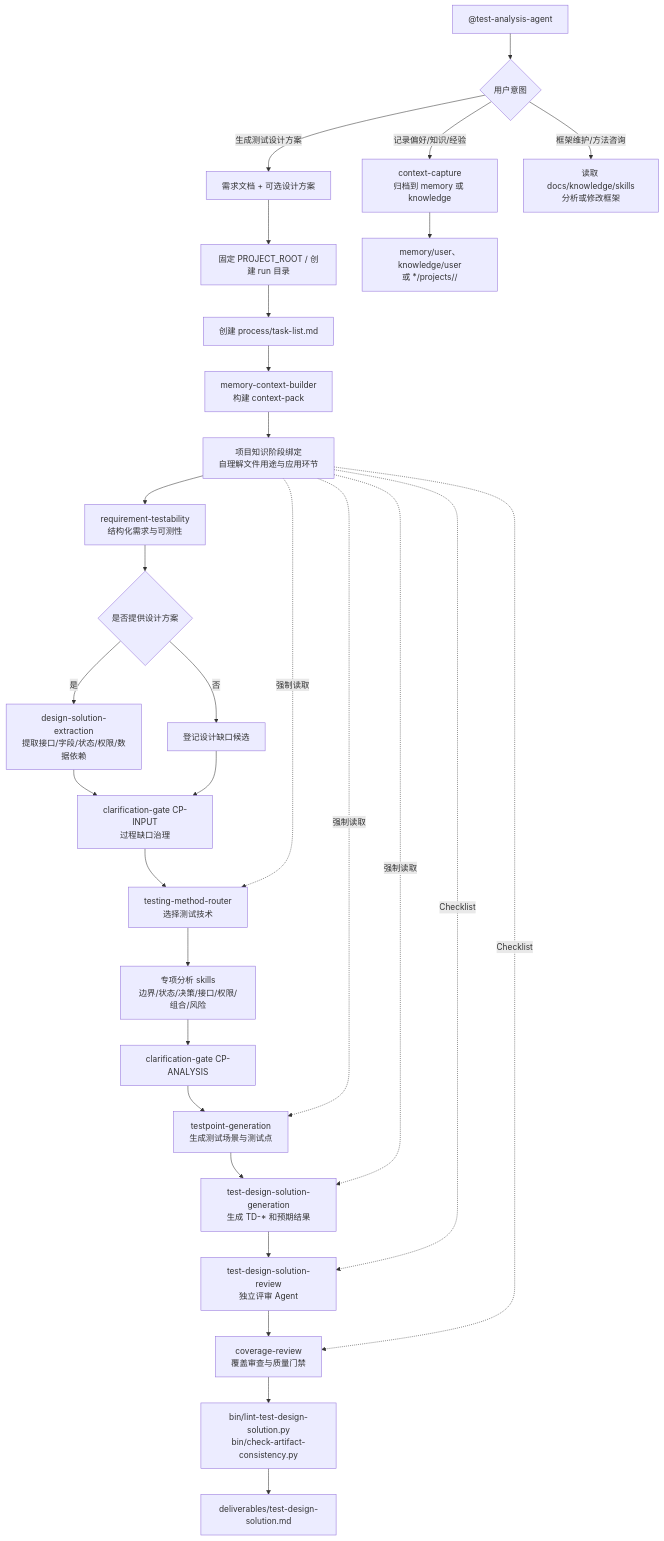
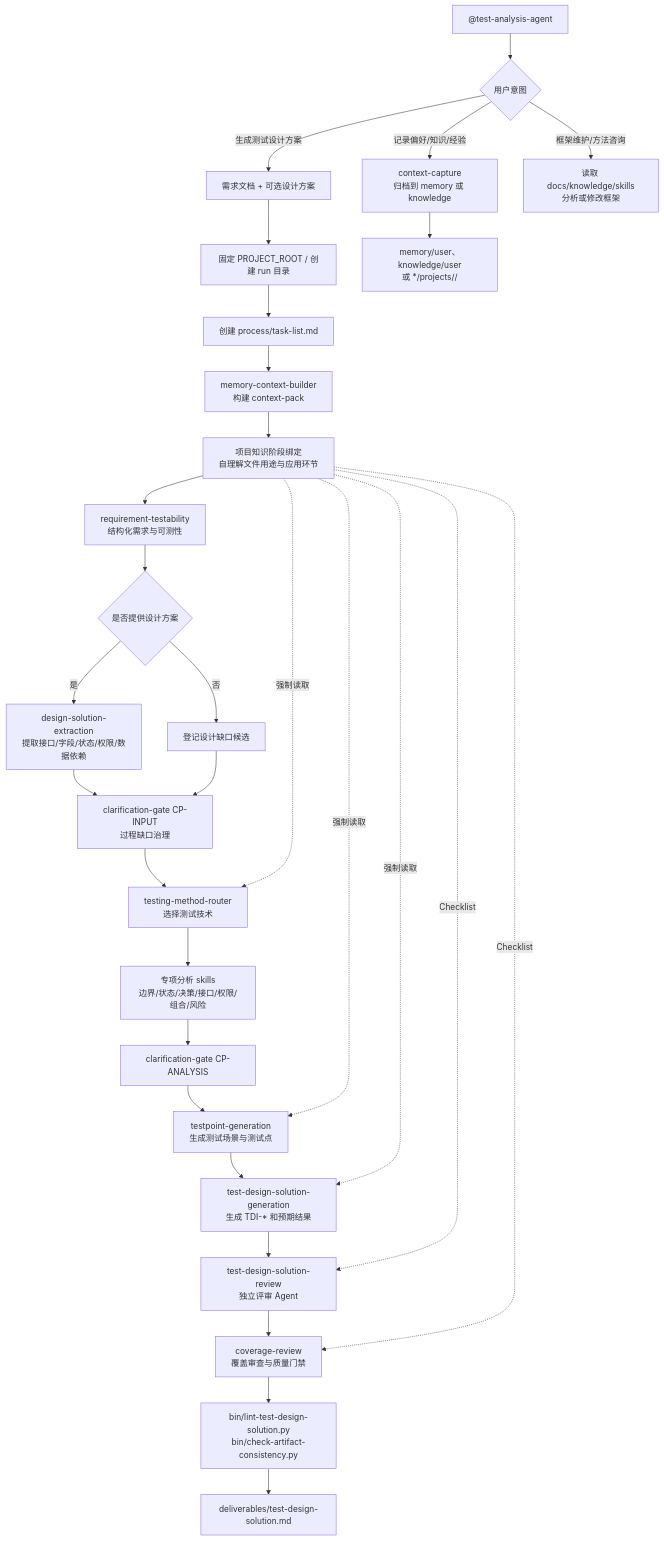
The diagram in docs/test-design-solution-agent-design.md (szluoqy-byte/Test-Analysis-Agent-MM), drawn with Mermaid before and after one commit. The commit also changed other lines of this file and 43 other files, not shown here.

````diff
--- a/docs/test-design-solution-agent-design.md
+++ b/docs/test-design-solution-agent-design.md
@@ -51,32 +53,32 @@
 ```mermaid
 flowchart TD
   user["@test-analysis-agent"] --> intent{"用户意图"}
   intent -- "生成测试设计方案" --> input["需求文档 + 可选设计方案"]
   intent -- "记录偏好/知识/经验" --> capture["context-capture<br/>归档到 memory 或 knowledge"]
   intent -- "框架维护/方法咨询" --> maintain["读取 docs/knowledge/skills<br/>分析或修改框架"]
   input --> root["固定 PROJECT_ROOT / 创建 run 目录"]
   root --> task["创建 process/task-list.md"]
   task --> memory["memory-context-builder<br/>构建 context-pack"]
   memory --> pk["项目知识阶段绑定<br/>自理解文件用途与应用环节"]
   pk --> req["requirement-testability<br/>结构化需求与可测性"]
   req --> design{"是否提供设计方案"}
   design -- 是 --> extract["design-solution-extraction<br/>提取接口/字段/状态/权限/数据依赖"]
   design -- 否 --> gap["登记设计缺口候选"]
   extract --> cp1["clarification-gate CP-INPUT<br/>过程缺口治理"]
   gap --> cp1
   cp1 --> router["testing-method-router<br/>选择测试技术"]
   pk -. 强制读取 .-> router
   router --> method["专项分析 skills<br/>边界/状态/决策/接口/权限/组合/风险"]
   method --> cp2["clarification-gate CP-ANALYSIS"]
   cp2 --> tp["testpoint-generation<br/>生成测试场景与测试点"]
   pk -. 强制读取 .-> tp
-  tp --> gen["test-design-solution-generation<br/>生成 TD-* 和预期结果"]
+  tp --> gen["test-design-solution-generation<br/>生成 TDI-* 和预期结果"]
   pk -. 强制读取 .-> gen
   gen --> review["test-design-solution-review<br/>独立评审 Agent"]
   pk -. Checklist .-> review
   review --> coverage["coverage-review<br/>覆盖审查与质量门禁"]
   pk -. Checklist .-> coverage
   coverage --> lint["bin/lint-test-design-solution.py<br/>bin/check-artifact-consistency.py"]
   lint --> output["deliverables/test-design-solution.md"]
   capture --> ctxout["memory/user、knowledge/user<br/>或 */projects/<project-key>/"]
 ```
````
